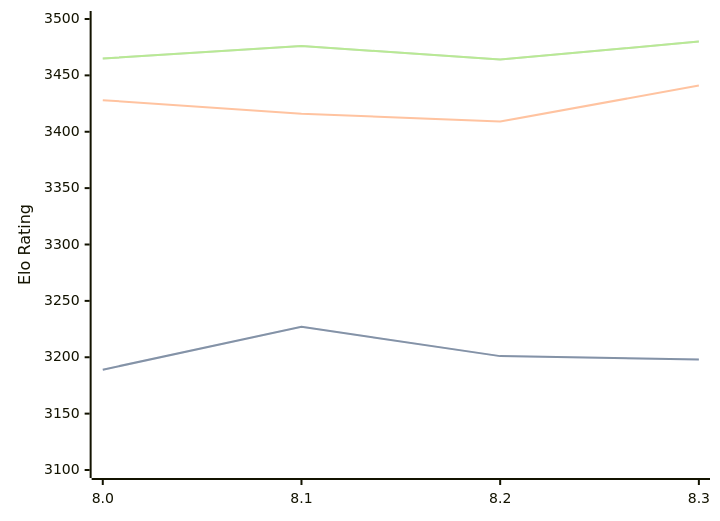
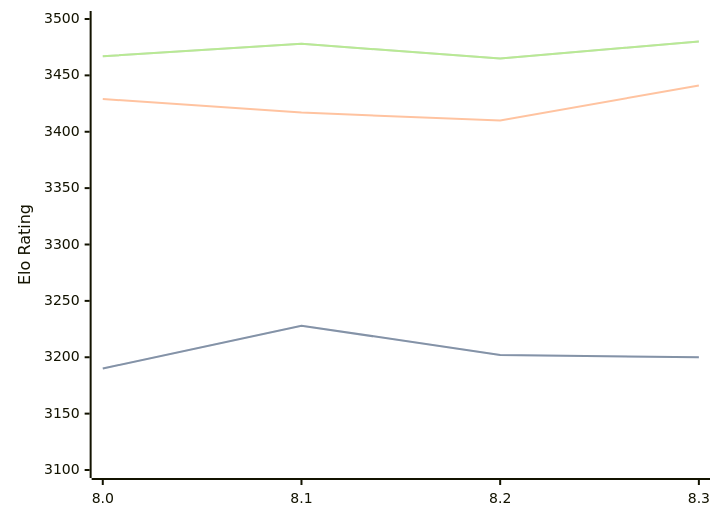
The diagram in engines/Alexander.md (computer-chess-index/cci), drawn with Mermaid before and after one commit. The commit also changed other lines of this file, not shown here.

Commit message:
Update CCI Ratings (ELO VLTC) - 2026-05-16

````diff
--- a/engines/Alexander.md
+++ b/engines/Alexander.md
@@ -48,11 +48,11 @@
 ```mermaid
 %%{init: {"theme":"base","themeVariables":{"seriesColors:['#a3a3a3','#222221','#faa371']}}}%%
 xychart-beta
   x-axis ["8.0", "8.1", "8.2", "8.3"]
   y-axis "Elo Rating" 3100 --> 3500
-  line "STC (8.0+0.08s)" [3189, 3227, 3201, 3198]
-  line "STC (8.0+0.08s)" [3189, 3227, 3201, 3198]
-  line "LTC (60.0+0.60s)" [3428, 3416, 3409, 3441]
-  line "VLTC (2m24s+1.12s)" [3465, 3476, 3464, 3480]
-  line "VLTC (2m24s+1.12s)" [3465, 3476, 3464, 3480]
+  line "STC (8.0+0.08s)" [3190, 3228, 3202, 3200]
+  line "STC (8.0+0.08s)" [3190, 3228, 3202, 3200]
+  line "LTC (60.0+0.60s)" [3429, 3417, 3410, 3441]
+  line "VLTC (2m24s+1.12s)" [3467, 3478, 3465, 3480]
+  line "VLTC (2m24s+1.12s)" [3467, 3478, 3465, 3480]
 ```
````
